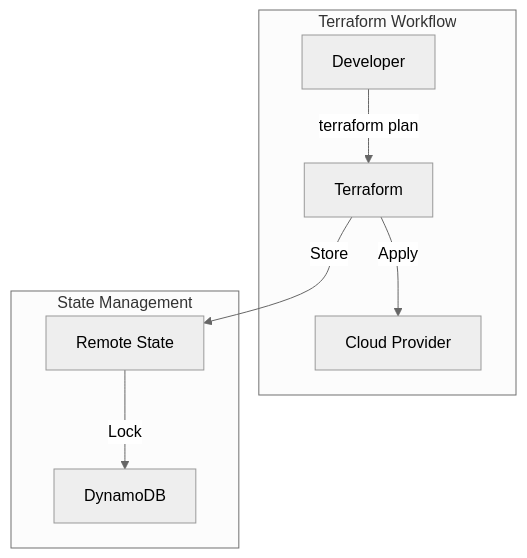
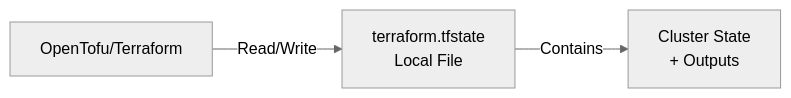
One commit to JiwooL0920/jiwool0920.github.io changed the fourth of 6 diagrams in docs/projects/terraform-infra/architecture.md. Above: the diagram before and after it, drawn with Mermaid (neutral theme). The commit also changed other lines of this file and 10 other files, not shown here.

````diff
--- a/docs/projects/terraform-infra/architecture.md
+++ b/docs/projects/terraform-infra/architecture.md
@@ -5,12 +130,5 @@
 ```mermaid
-graph TB
-    subgraph "Terraform Workflow"
-        DEV[Developer] -->|terraform plan| TF[Terraform]
-        TF -->|Apply| CLOUD[Cloud Provider]
-    end
-    
-    subgraph "State Management"
-        TF -->|Store| S3[Remote State]
-        S3 -->|Lock| DDB[DynamoDB]
-    end
+flowchart LR
+    TF[OpenTofu/Terraform] -->|Read/Write| STATE[terraform.tfstate<br/>Local File]
+    STATE -->|Contains| RESOURCES[Cluster State<br/>+ Outputs]
 ```
````
